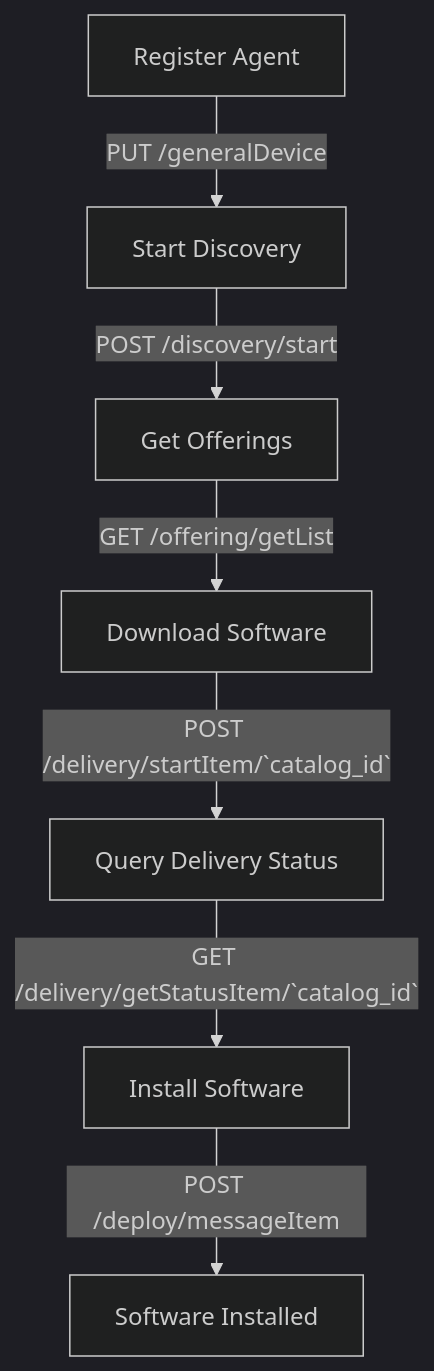
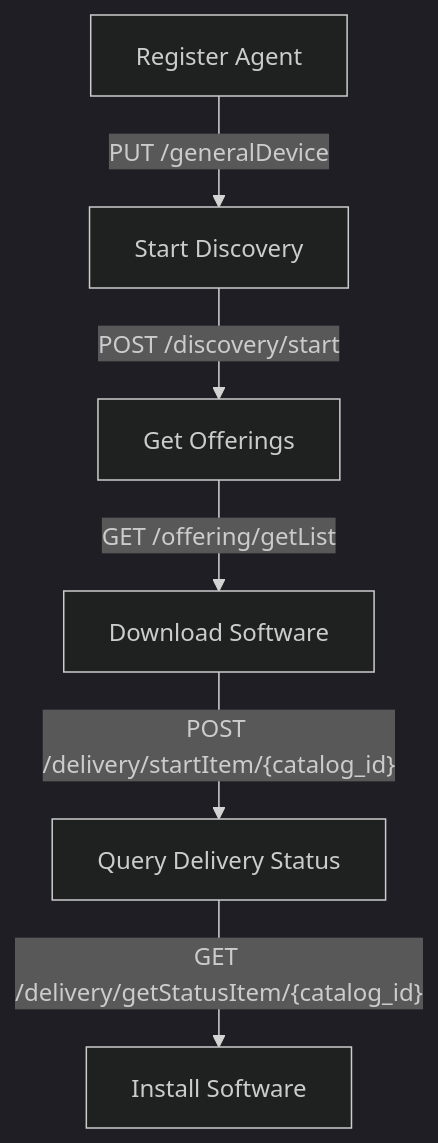
The first of 2 diagrams in docs/root/GetApp Agent.mdx (getappsh/docs), drawn with Mermaid (dark theme) before and after one commit. The commit also changed other lines of this file and 1 other file, not shown here.

Commit message:
Update agent open-api and docs

````diff
--- a/docs/root/GetApp Agent.mdx
+++ b/docs/root/GetApp Agent.mdx
@@ -83,9 +81,9 @@
 ```mermaid
 graph TD;
-      A[Register Agent] -->|PUT /generalDevice| B[Start Discovery]
-      B -->|POST /discovery/start| C[Get Offerings]
-      C -->|GET /offering/getList| D[Download Software]
-      D -->|POST /delivery/startItem/`catalog_id`| E[Query Delivery Status]
-      E -->|GET /delivery/getStatusItem/`catalog_id`| F[Install Software]
-      F -->|POST /deploy/messageItem| G[Software Installed]
+    A[Register Agent] -->|PUT /generalDevice| B[Start Discovery]
+    B -->|POST /discovery/start| C[Get Offerings]
+    C -->|GET /offering/getList| D[Download Software]
+    D -->|"POST /delivery/startItem/{catalog_id}"| E[Query Delivery Status]
+    E -->|"GET /delivery/getStatusItem/{catalog_id}"| F[Install Software]
+
 ```
````
